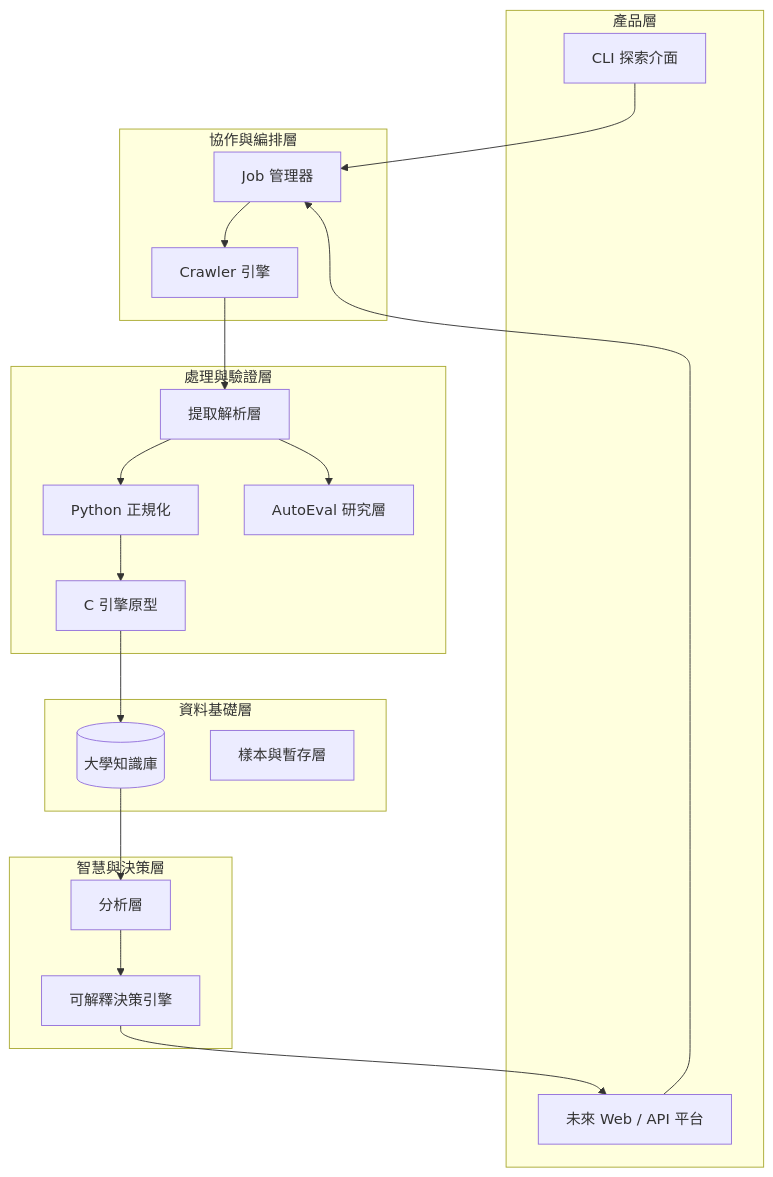
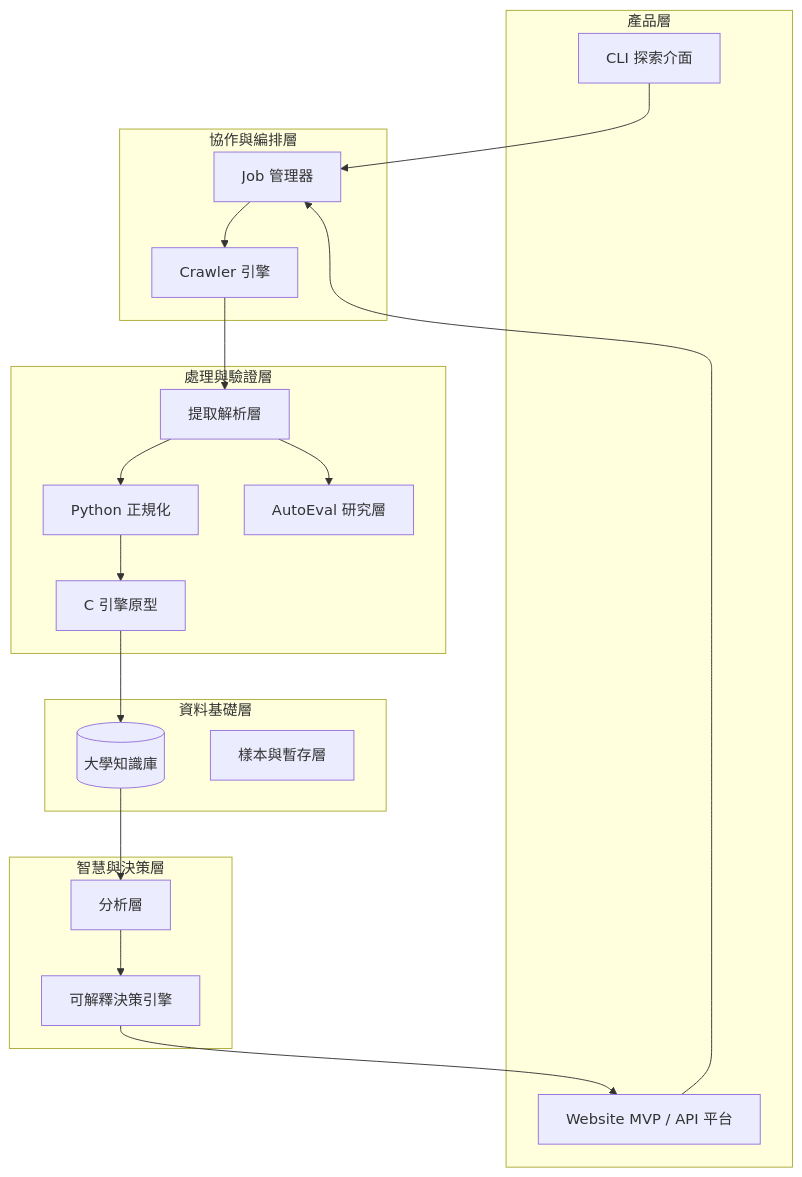
The first of 4 diagrams in MASTER_PROJECT_PLAN.md (heinricitorgau/CrawlerNest), drawn with Mermaid before and after one commit. The commit also changed other lines of this file and 154 other files, not shown here.

````diff
--- a/MASTER_PROJECT_PLAN.md
+++ b/MASTER_PROJECT_PLAN.md
@@ -92,41 +94,41 @@
 ```mermaid
 graph TD
     subgraph "產品層"
         CLI[CLI 探索介面]
-        WEB[未來 Web / API 平台]
+        WEB[Website MVP / API 平台]
     end
 
     subgraph "協作與編排層"
         JOBS[Job 管理器]
         CRAWL[Crawler 引擎]
     end
 
     subgraph "處理與驗證層"
         EXT[提取解析層]
         NORM_PY[Python 正規化]
         NORM_C[C 引擎原型]
         AE[AutoEval 研究層]
     end
 
     subgraph "資料基礎層"
         KB[(大學知識庫)]
         SAMP[樣本與暫存層]
     end
 
     subgraph "智慧與決策層"
         ANA[分析層]
         REC[可解釋決策引擎]
     end
 
     CLI --> JOBS
     WEB --> JOBS
     JOBS --> CRAWL
     CRAWL --> EXT
     EXT --> NORM_PY
     NORM_PY --> NORM_C
     EXT --> AE
     NORM_C --> KB
     KB --> ANA
     ANA --> REC
     REC --> WEB
 ```
````
